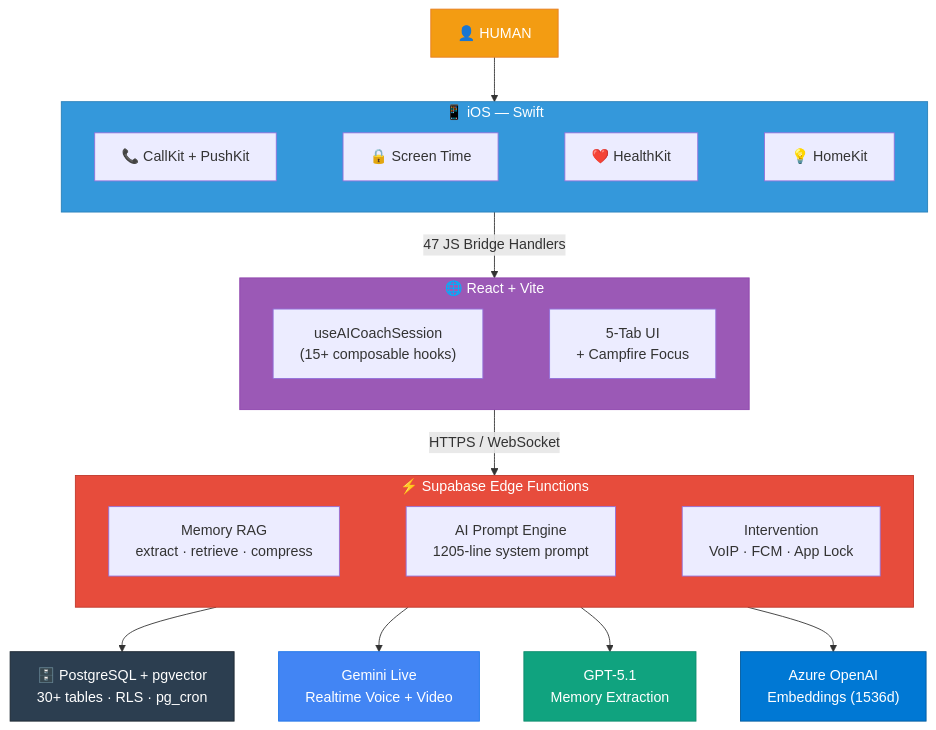
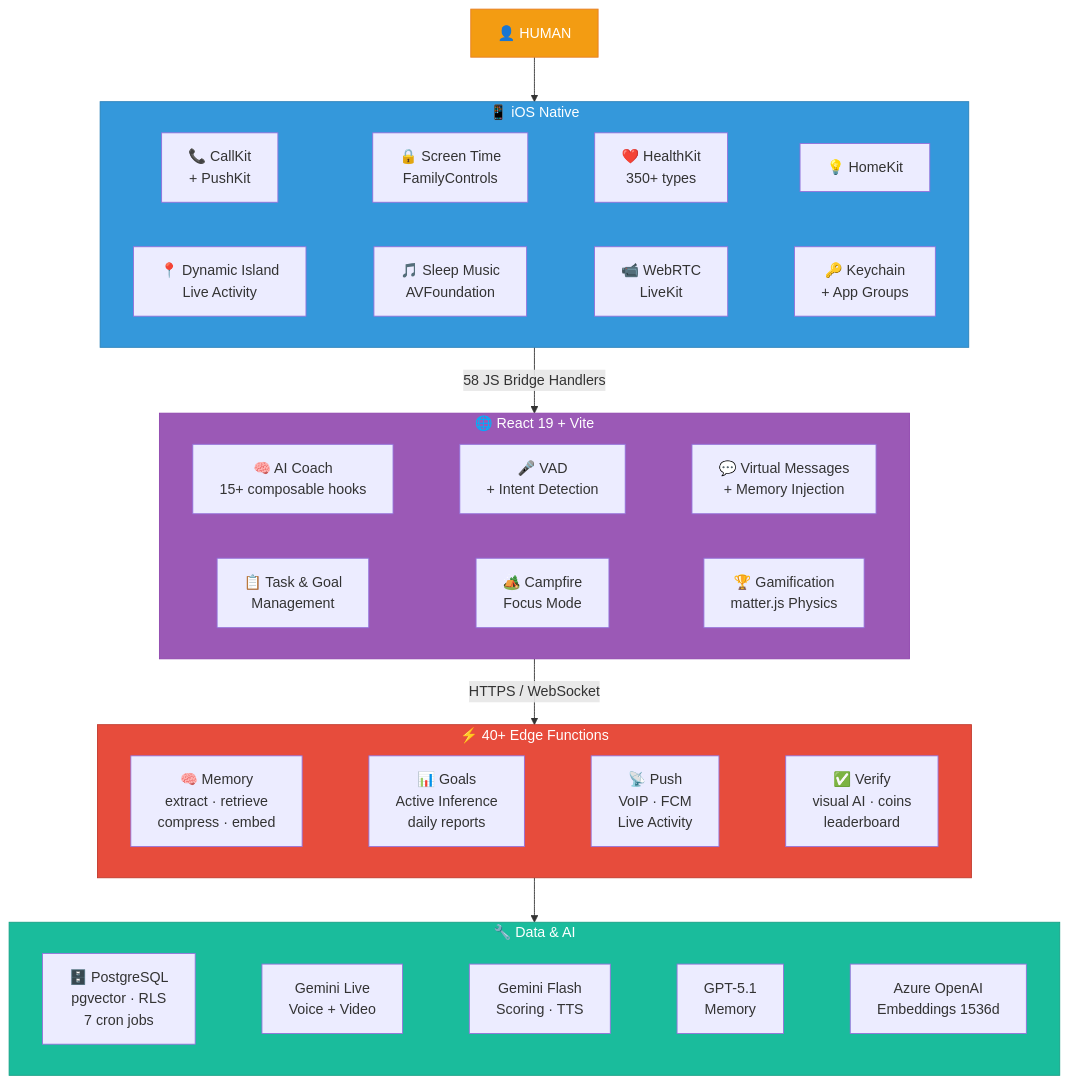
The second of 3 diagrams in README.md (sylmmhy/Lumi), drawn with Mermaid before and after one commit. The commit also changed other lines of this file, not shown here.

Commit message:
doc: Update README tech stack and architecture
Clarify and expand the project README: rename iOS section to "iOS Native", update the architecture diagram with new components (Dynamic Island, VAD, Virtual Messages, Keychain, etc.), move data/AI nodes into a new INFRA subgraph, and bump counts (58 JS bridge handlers, 40+ edge functions). Revise the Tech Stack table to reflect React 19, added frontend hooks, detailed AI realtime capabilities, backend cron jobs, expanded memory/AI model notes, iOS extended features, gamification details, and push delivery specifics.

````diff
--- a/README.md
+++ b/README.md
@@ -52,37 +52,38 @@
 ```mermaid
 graph TD
     HUMAN["👤 HUMAN"] --> IOS
 
-    subgraph IOS["📱 iOS — Swift"]
+    subgraph IOS["📱 iOS Native"]
         direction LR
-        CK["📞 CallKit + PushKit"] ~~~ ST["🔒 Screen Time"] ~~~ HK["❤️ HealthKit"] ~~~ HMK["💡 HomeKit"]
+        CK["📞 CallKit<br/>+ PushKit"] ~~~ ST["🔒 Screen Time<br/>FamilyControls"] ~~~ HK["❤️ HealthKit<br/>350+ types"] ~~~ HMK["💡 HomeKit"]
+        LA["📍 Dynamic Island<br/>Live Activity"] ~~~ AV["🎵 Sleep Music<br/>AVFoundation"] ~~~ WRT["📹 WebRTC<br/>LiveKit"] ~~~ KC["🔑 Keychain<br/>+ App Groups"]
     end
 
-    IOS --> |"47 JS Bridge Handlers"| WEB
+    IOS -->|"58 JS Bridge Handlers"| WEB
 
-    subgraph WEB["🌐 React + Vite"]
+    subgraph WEB["🌐 React 19 + Vite"]
         direction LR
-        HOOKS["useAICoachSession<br/>(15+ composable hooks)"] ~~~ UI["5-Tab UI<br/>+ Campfire Focus"]
+        COACH["🧠 AI Coach<br/>15+ composable hooks"] ~~~ VAD["🎤 VAD<br/>+ Intent Detection"] ~~~ VMSG["💬 Virtual Messages<br/>+ Memory Injection"]
+        TASK_UI["📋 Task & Goal<br/>Management"] ~~~ CAMP["🏕️ Campfire<br/>Focus Mode"] ~~~ GAME["🏆 Gamification<br/>matter.js Physics"]
     end
 
-    WEB --> |"HTTPS / WebSocket"| BACKEND
+    WEB -->|"HTTPS / WebSocket"| BACKEND
 
-    subgraph BACKEND["⚡ Supabase Edge Functions"]
+    subgraph BACKEND["⚡ 40+ Edge Functions"]
         direction LR
-        MEM["Memory RAG<br/>extract · retrieve · compress"] ~~~ PROMPT["AI Prompt Engine<br/>1205-line system prompt"] ~~~ PUSH["Intervention<br/>VoIP · FCM · App Lock"]
+        MEM_BE["🧠 Memory<br/>extract · retrieve<br/>compress · embed"] ~~~ GOAL_BE["📊 Goals<br/>Active Inference<br/>daily reports"] ~~~ PUSH_BE["📡 Push<br/>VoIP · FCM<br/>Live Activity"] ~~~ VERIFY["✅ Verify<br/>visual AI · coins<br/>leaderboard"]
     end
 
-    BACKEND --> DB["🗄️ PostgreSQL + pgvector<br/>30+ tables · RLS · pg_cron"]
-    BACKEND --> GEM["Gemini Live<br/>Realtime Voice + Video"]
-    BACKEND --> GPT["GPT-5.1<br/>Memory Extraction"]
-    BACKEND --> AZR["Azure OpenAI<br/>Embeddings (1536d)"]
+    BACKEND --> INFRA
+
+    subgraph INFRA["🔧 Data & AI"]
+        direction LR
+        DB["🗄️ PostgreSQL<br/>pgvector · RLS<br/>7 cron jobs"] ~~~ GEM_LIVE["Gemini Live<br/>Voice + Video"] ~~~ GEM_FLASH["Gemini Flash<br/>Scoring · TTS"] ~~~ GPT["GPT-5.1<br/>Memory"] ~~~ AZR["Azure OpenAI<br/>Embeddings 1536d"]
+    end
 
     style HUMAN fill:#F39C12,stroke:#E67E22,color:#fff
     style IOS fill:#3498DB,stroke:#2980B9,color:#fff
     style WEB fill:#9B59B6,stroke:#8E44AD,color:#fff
     style BACKEND fill:#E74C3C,stroke:#C0392B,color:#fff
-    style DB fill:#2C3E50,stroke:#1A252F,color:#fff
-    style GEM fill:#4285F4,stroke:#1A73E8,color:#fff
-    style GPT fill:#10A37F,stroke:#0D8C6D,color:#fff
-    style AZR fill:#0078D4,stroke:#005A9E,color:#fff
+    style INFRA fill:#1ABC9C,stroke:#16A085,color:#fff
 ```
````
